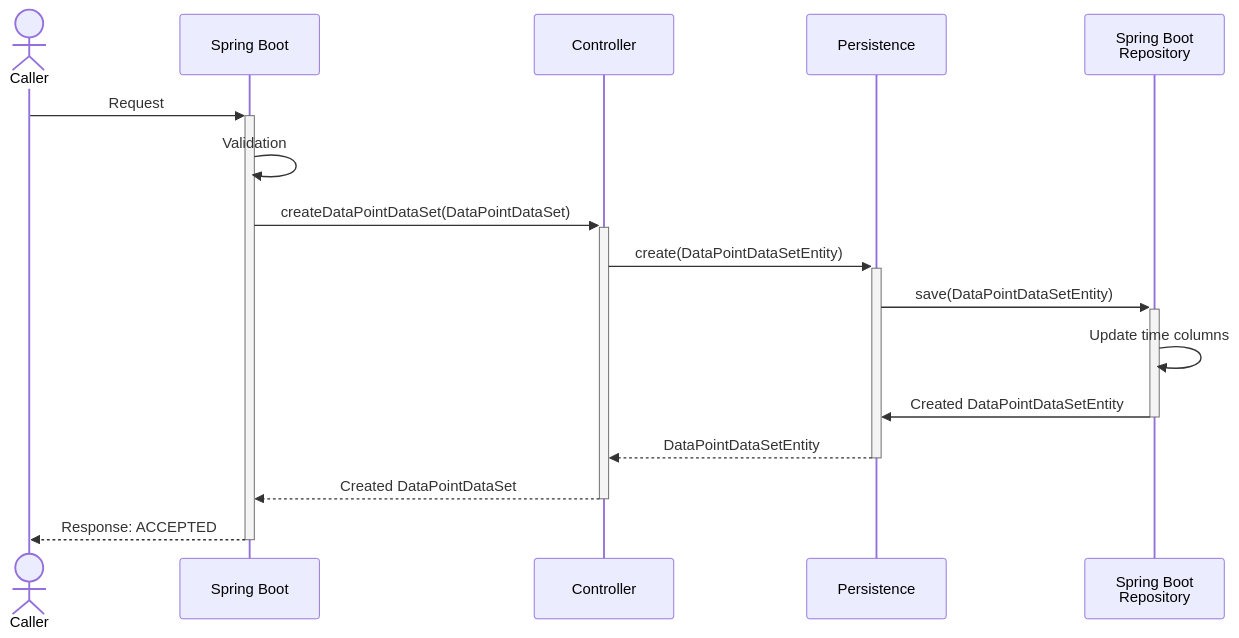
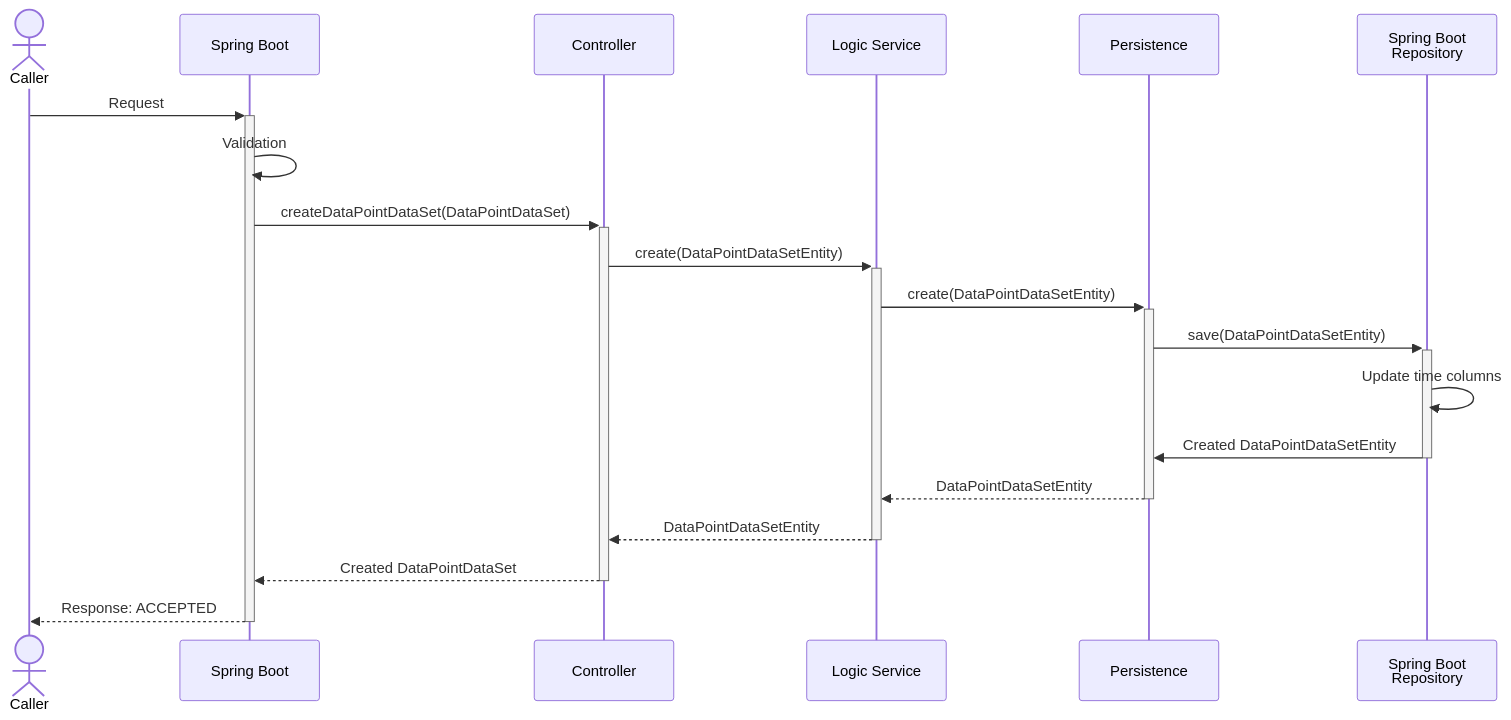
One commit to sunepoulsen/tes-enterprice-labs changed the diagram in tel-testdata/doc/designs/endpoints.md. Above: the diagram before and after it, drawn with Mermaid. The commit also changed 13 other files, not shown here.

````diff
--- a/tel-testdata/doc/designs/endpoints.md
+++ b/tel-testdata/doc/designs/endpoints.md
@@ -27,21 +27,24 @@
 ```mermaid
 sequenceDiagram
     actor Caller
     participant SprintBoot as Spring Boot
     participant Controller
+    participant Logic as Logic Service
     participant Persistence
     participant Repository as Spring Boot<br/>Repository
 
     Caller ->>+ SprintBoot: Request
     SprintBoot ->> SprintBoot: Validation
 
     SprintBoot ->>+ Controller: createDataPointDataSet(DataPointDataSet)
-    Controller ->>+ Persistence: create(DataPointDataSetEntity)
+    Controller ->>+ Logic: create(DataPointDataSetEntity)
+    Logic ->>+ Persistence: create(DataPointDataSetEntity)
     Persistence ->>+ Repository: save(DataPointDataSetEntity)
     Repository ->> Repository: Update time columns
     Repository ->>- Persistence: Created DataPointDataSetEntity
-    Persistence -->>- Controller: DataPointDataSetEntity
+    Persistence -->>- Logic: DataPointDataSetEntity
+    Logic -->>- Controller: DataPointDataSetEntity
     Controller -->>- SprintBoot: Created DataPointDataSet 
 
     SprintBoot -->>- Caller: Response: ACCEPTED    
 ```
````
